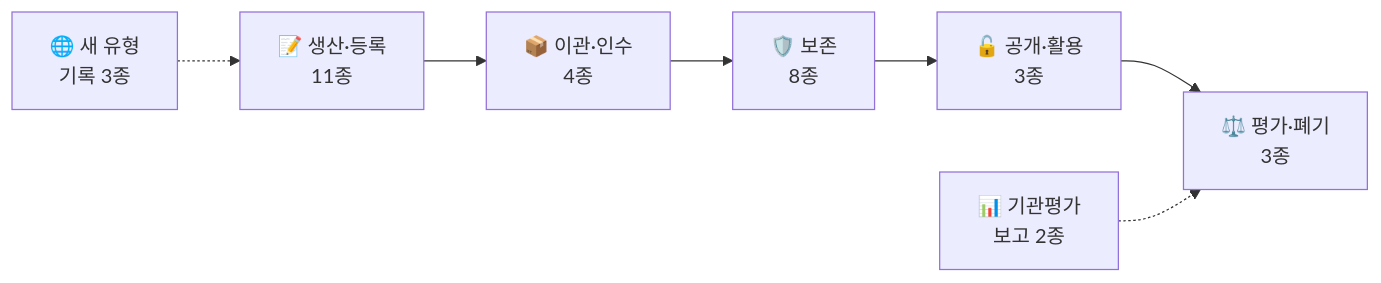
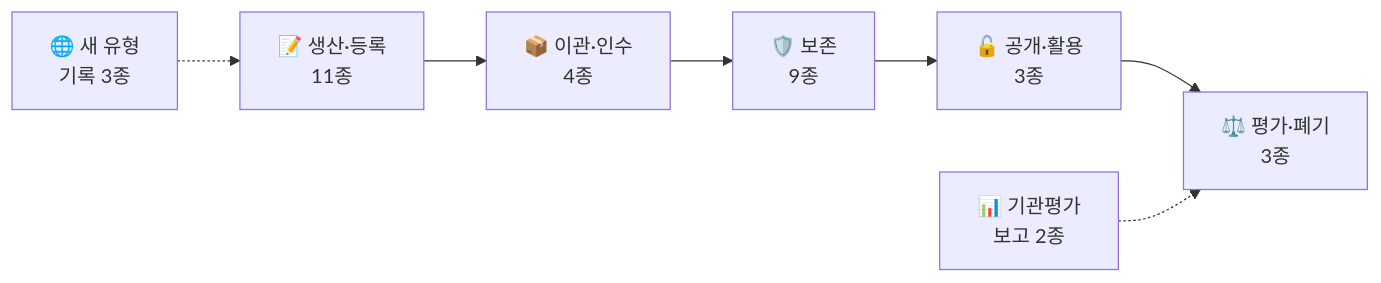
Before and after one commit to changgi/archive-bm-tools: the first of 2 diagrams in README.md, drawn with Mermaid. The commit also changed other lines of this file and 15 other files, not shown here.

````diff
--- a/README.md
+++ b/README.md
@@ -58,9 +58,9 @@
 ```mermaid
 flowchart LR
     A["📝 생산·등록<br/>11종"] --> B["📦 이관·인수<br/>4종"]
-    B --> C["🛡️ 보존<br/>8종"]
+    B --> C["🛡️ 보존<br/>9종"]
     C --> D["🔓 공개·활용<br/>3종"]
     D --> E["⚖️ 평가·폐기<br/>3종"]
     N["🌐 새 유형<br/>기록 3종"] -.-> A
     R["📊 기관평가<br/>보고 2종"] -.-> E
 ```
````
